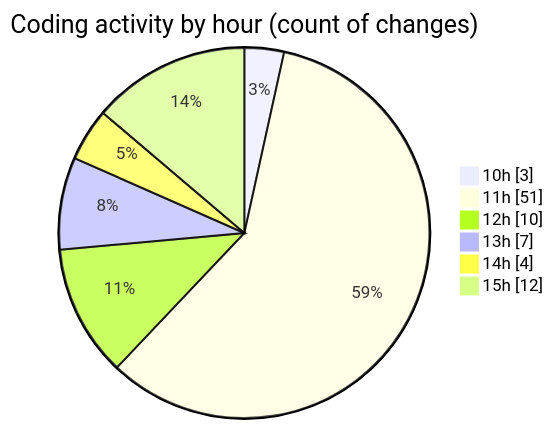
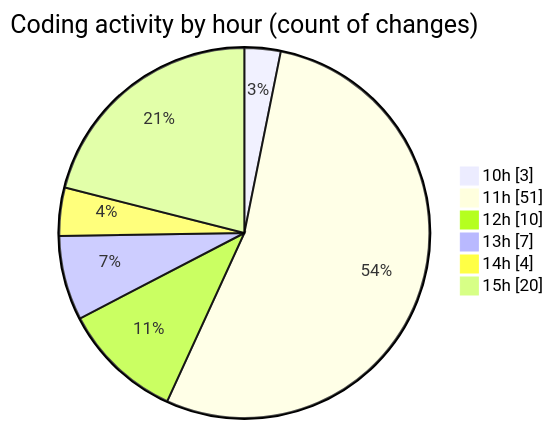
One commit to nxtqubesakshisongat/code-tracking changed the second of 2 diagrams in 2025-07-11/argos/README.md. Above: the diagram before and after it, drawn with Mermaid. The commit also changed other lines of this file and 1 other file, not shown here.

````diff
--- a/2025-07-11/argos/README.md
+++ b/2025-07-11/argos/README.md
@@ -33,10 +33,10 @@
 ```mermaid
 pie showData
 title Coding activity by hour (count of changes)
 "10h" : 3
 "11h" : 51
 "12h" : 10
 "13h" : 7
 "14h" : 4
-"15h" : 12
+"15h" : 20
 ```
````
